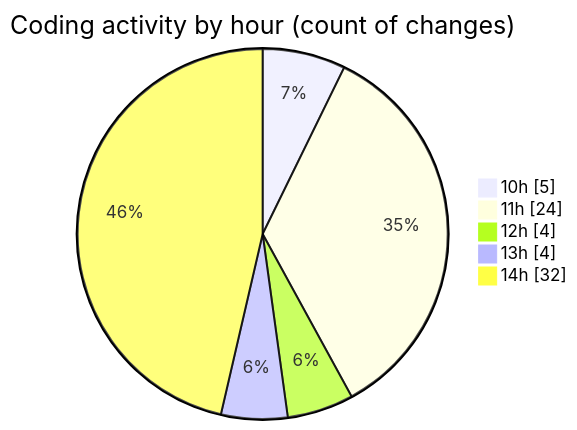
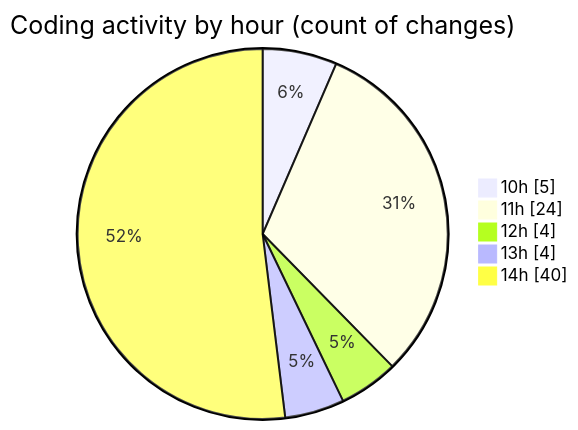
One commit to momahboobian/code-tracking changed the second of 2 diagrams in 2026-09-09/cda/README.md. Above: the diagram before and after it, drawn with Mermaid. The commit also changed other lines of this file and 1 other file, not shown here.

````diff
--- a/2026-09-09/cda/README.md
+++ b/2026-09-09/cda/README.md
@@ -43,9 +44,9 @@
 ```mermaid
 pie showData
 title Coding activity by hour (count of changes)
 "10h" : 5
 "11h" : 24
 "12h" : 4
 "13h" : 4
-"14h" : 32
+"14h" : 40
 ```
````
